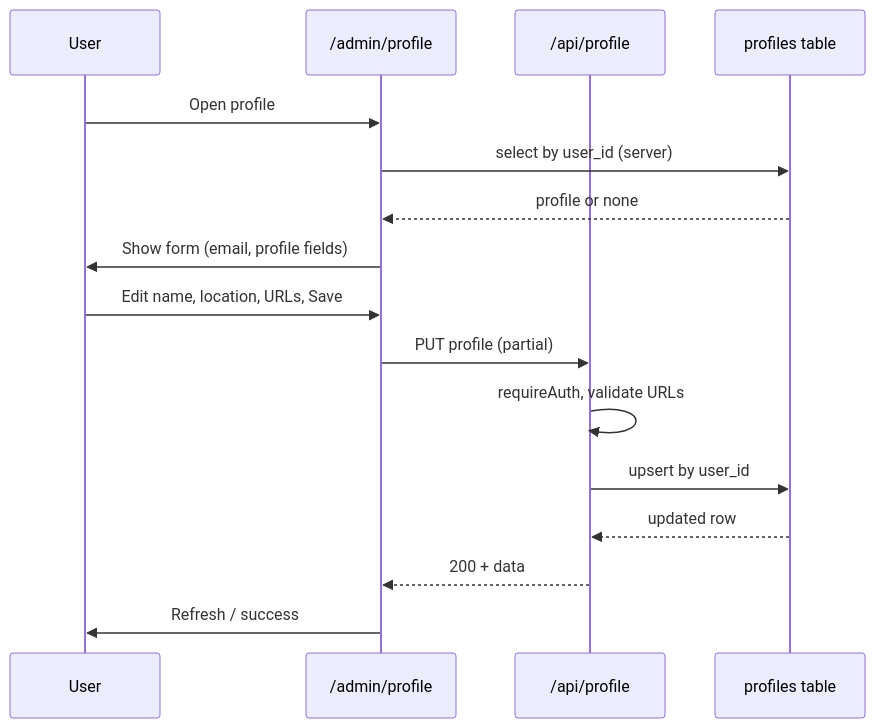
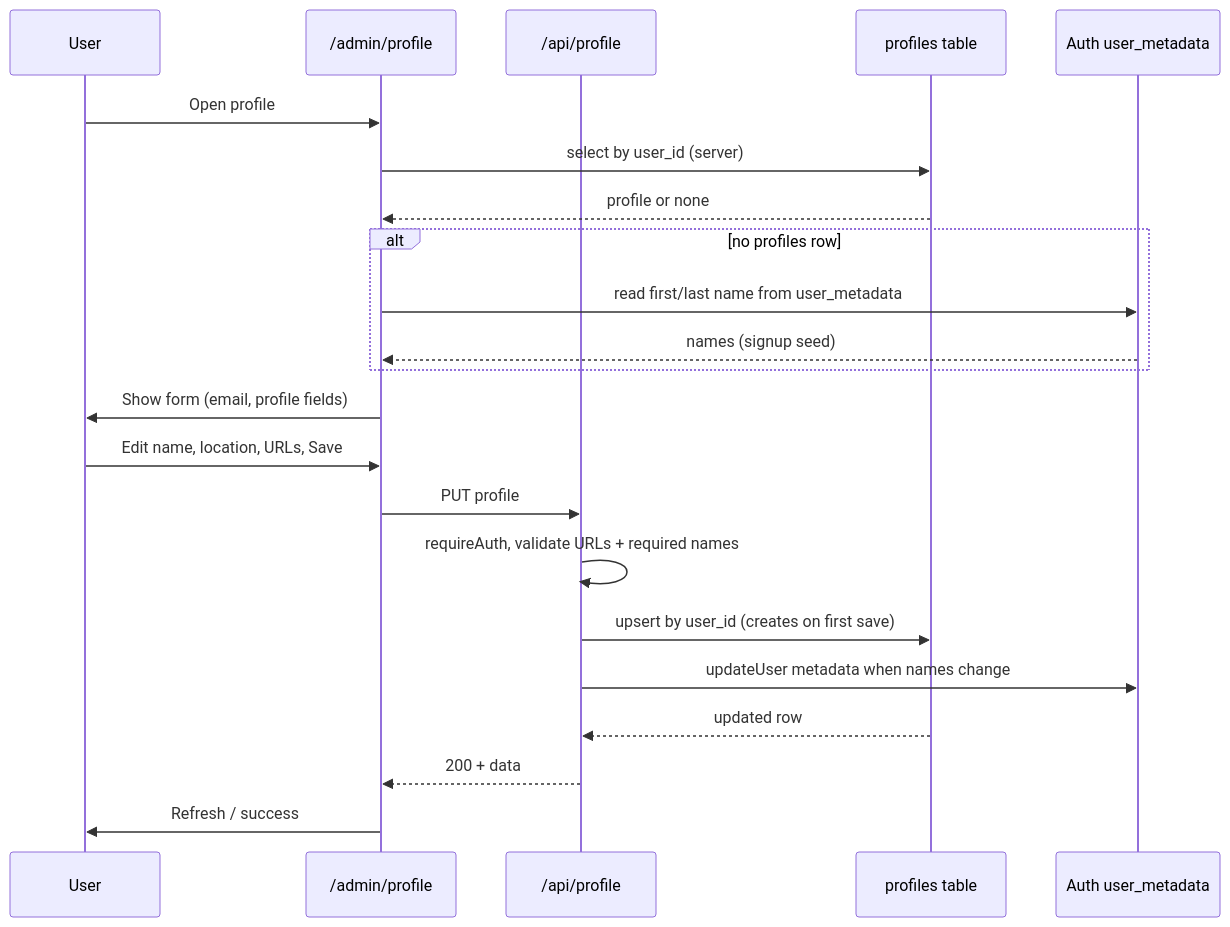
The third of 13 diagrams in docs/DATA_FLOW.md (joan-gerard/my-hire-view), drawn with Mermaid before and after one commit. The commit also changed other lines of this file and 57 other files, not shown here.

Commit message:
Adopt opaque publicId URLs so application slugs are unique per user, not globally

````diff
--- a/docs/DATA_FLOW.md
+++ b/docs/DATA_FLOW.md
@@ -120,20 +120,26 @@
 ```mermaid
 sequenceDiagram
   participant U as User
   participant Page as /admin/profile
   participant API as /api/profile
   participant DB as profiles table
+  participant Auth as Auth user_metadata
 
   U->>Page: Open profile
   Page->>DB: select by user_id (server)
   DB-->>Page: profile or none
+  alt no profiles row
+    Page->>Auth: read first/last name from user_metadata
+    Auth-->>Page: names (signup seed)
+  end
   Page->>U: Show form (email, profile fields)
 
   U->>Page: Edit name, location, URLs, Save
-  Page->>API: PUT profile (partial)
-  API->>API: requireAuth, validate URLs
-  API->>DB: upsert by user_id
+  Page->>API: PUT profile
+  API->>API: requireAuth, validate URLs + required names
+  API->>DB: upsert by user_id (creates on first save)
+  API->>Auth: updateUser metadata when names change
   DB-->>API: updated row
   API-->>Page: 200 + data
   Page->>U: Refresh / success
 ```
````
